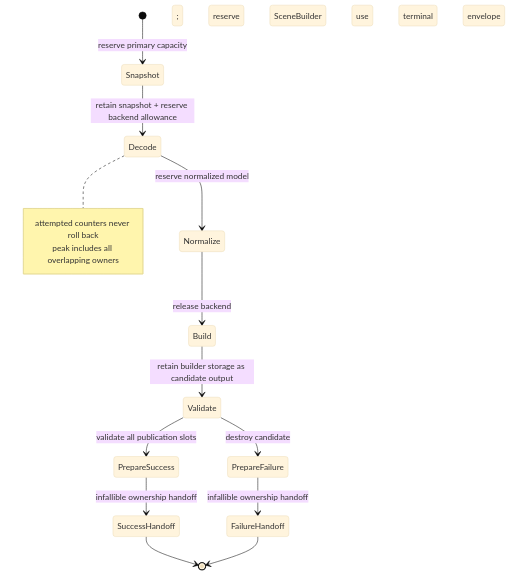
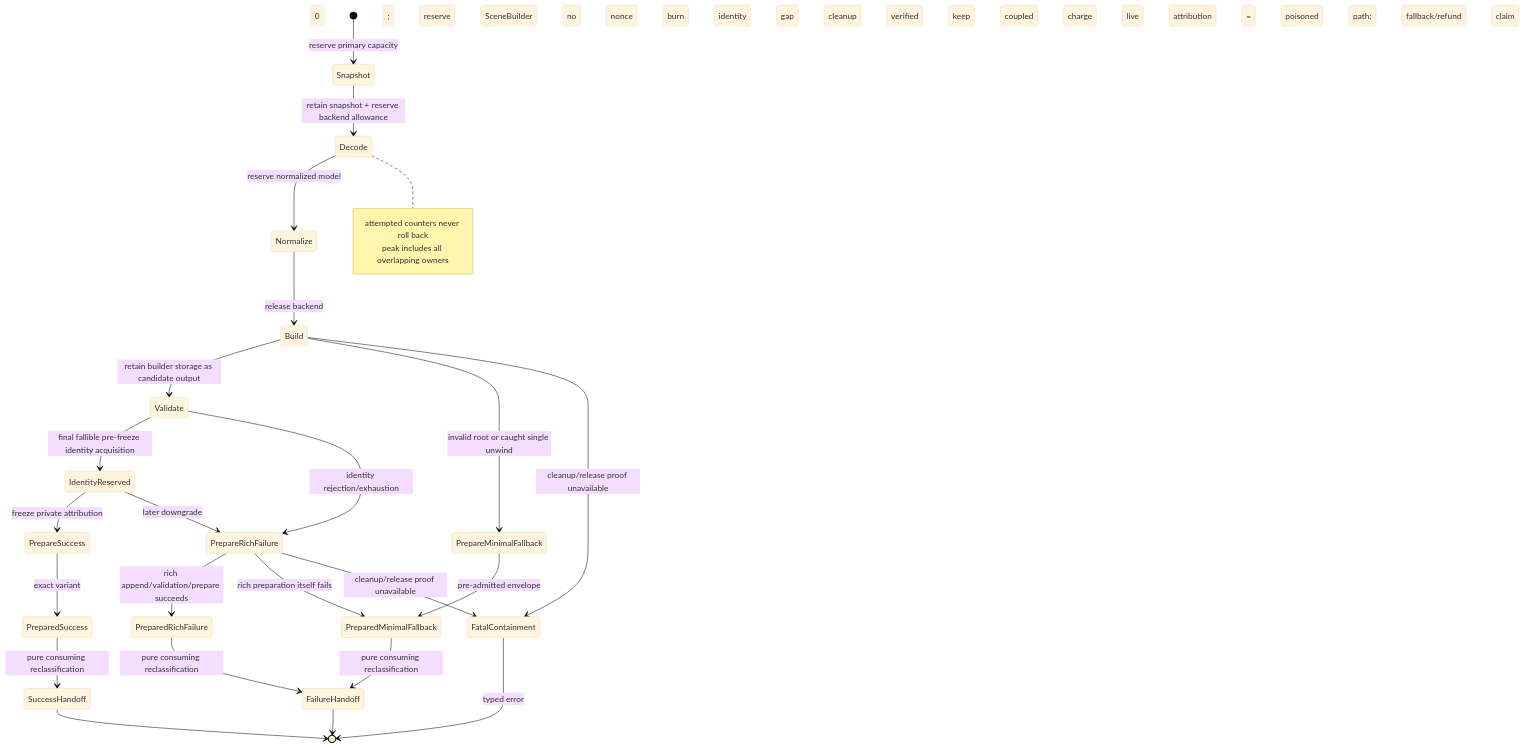
Before and after one commit to Latias94/baozi: the diagram in docs/adr/0022-per-import-resource-ledger-and-budget-accounting.md, drawn with Mermaid (base theme). The commit also changed other lines of this file and 5 other files, not shown here.

````diff
--- a/docs/adr/0022-per-import-resource-ledger-and-budget-accounting.md
+++ b/docs/adr/0022-per-import-resource-ledger-and-budget-accounting.md
@@ -329,18 +419,29 @@
 ```mermaid
 stateDiagram-v2
     [*] --> Snapshot: reserve primary capacity
     Snapshot --> Decode: retain snapshot + reserve backend allowance
     Decode --> Normalize: reserve normalized model
     Normalize --> Build: release backend; reserve SceneBuilder
     Build --> Validate: retain builder storage as candidate output
-    Validate --> PrepareSuccess: validate all publication slots
-    Validate --> PrepareFailure: destroy candidate; use terminal envelope
-    PrepareSuccess --> SuccessHandoff: infallible ownership handoff
-    PrepareFailure --> FailureHandoff: infallible ownership handoff
+    Validate --> IdentityReserved: final fallible pre-freeze identity acquisition
+    Validate --> PrepareRichFailure: identity rejection/exhaustion; no nonce
+    IdentityReserved --> PrepareSuccess: freeze private attribution
+    IdentityReserved --> PrepareRichFailure: later downgrade; burn identity gap
+    Build --> PrepareMinimalFallback: invalid root or caught single unwind; cleanup verified
+    Build --> FatalContainment: cleanup/release proof unavailable; keep coupled charge
+    PrepareSuccess --> PreparedSuccess: exact variant; live attribution = 0
+    PrepareRichFailure --> PreparedRichFailure: rich append/validation/prepare succeeds
+    PrepareRichFailure --> PreparedMinimalFallback: rich preparation itself fails
+    PrepareRichFailure --> FatalContainment: cleanup/release proof unavailable
+    PrepareMinimalFallback --> PreparedMinimalFallback: pre-admitted envelope
+    PreparedSuccess --> SuccessHandoff: pure consuming reclassification
+    PreparedRichFailure --> FailureHandoff: pure consuming reclassification
+    PreparedMinimalFallback --> FailureHandoff: pure consuming reclassification
     SuccessHandoff --> [*]
     FailureHandoff --> [*]
+    FatalContainment --> [*]: typed error; poisoned path; no fallback/refund claim
     note right of Decode
       attempted counters never roll back
       peak includes all overlapping owners
     end note
 ```
````
